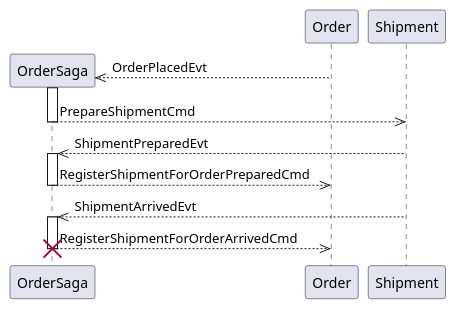
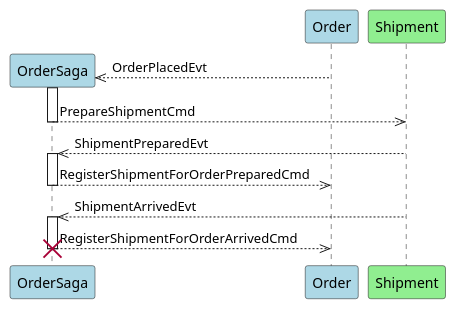
One commit to idugalic/axon-contract-testing-demo changed the diagram in README.md. Above: the diagram before and after it, drawn with PlantUML. The commit also changed 1 other file, not shown here.

````diff
--- a/README.md
+++ b/README.md
@@ -90,26 +90,26 @@
 ```puml
 @startuml
-    participant OrderSaga
-    participant Order
-    participant Shipment
+    participant OrderSaga #LightBlue
+    participant Order #LightBlue
+    participant Shipment #LightGreen
 
     create OrderSaga
     Order-->>OrderSaga: OrderPlacedEvt
     activate OrderSaga
 
     OrderSaga-->>Shipment: PrepareShipmentCmd
     deactivate OrderSaga
     
     Shipment-->>OrderSaga: ShipmentPreparedEvt
     activate OrderSaga
     
     OrderSaga-->>Order: RegisterShipmentForOrderPreparedCmd
     deactivate OrderSaga
     
     Shipment-->>OrderSaga: ShipmentArrivedEvt
     activate OrderSaga
     
     OrderSaga-->>Order: RegisterShipmentForOrderArrivedCmd
     destroy OrderSaga
 @enduml
 ```
````
